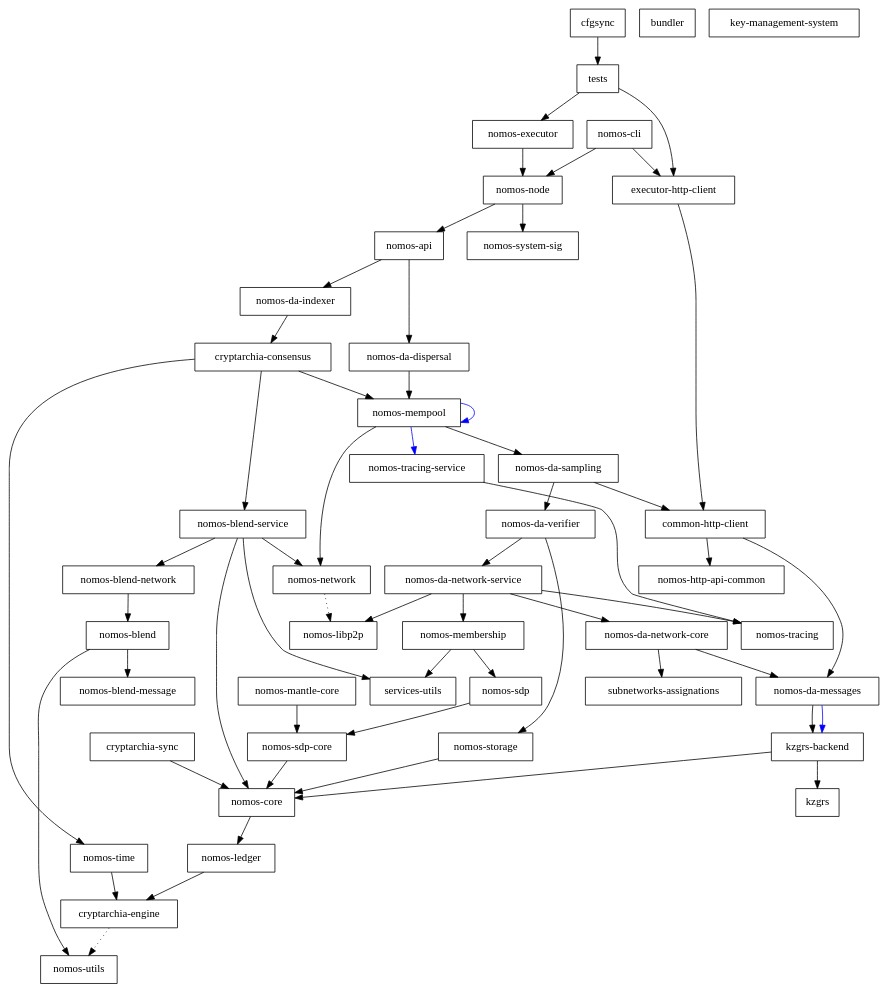
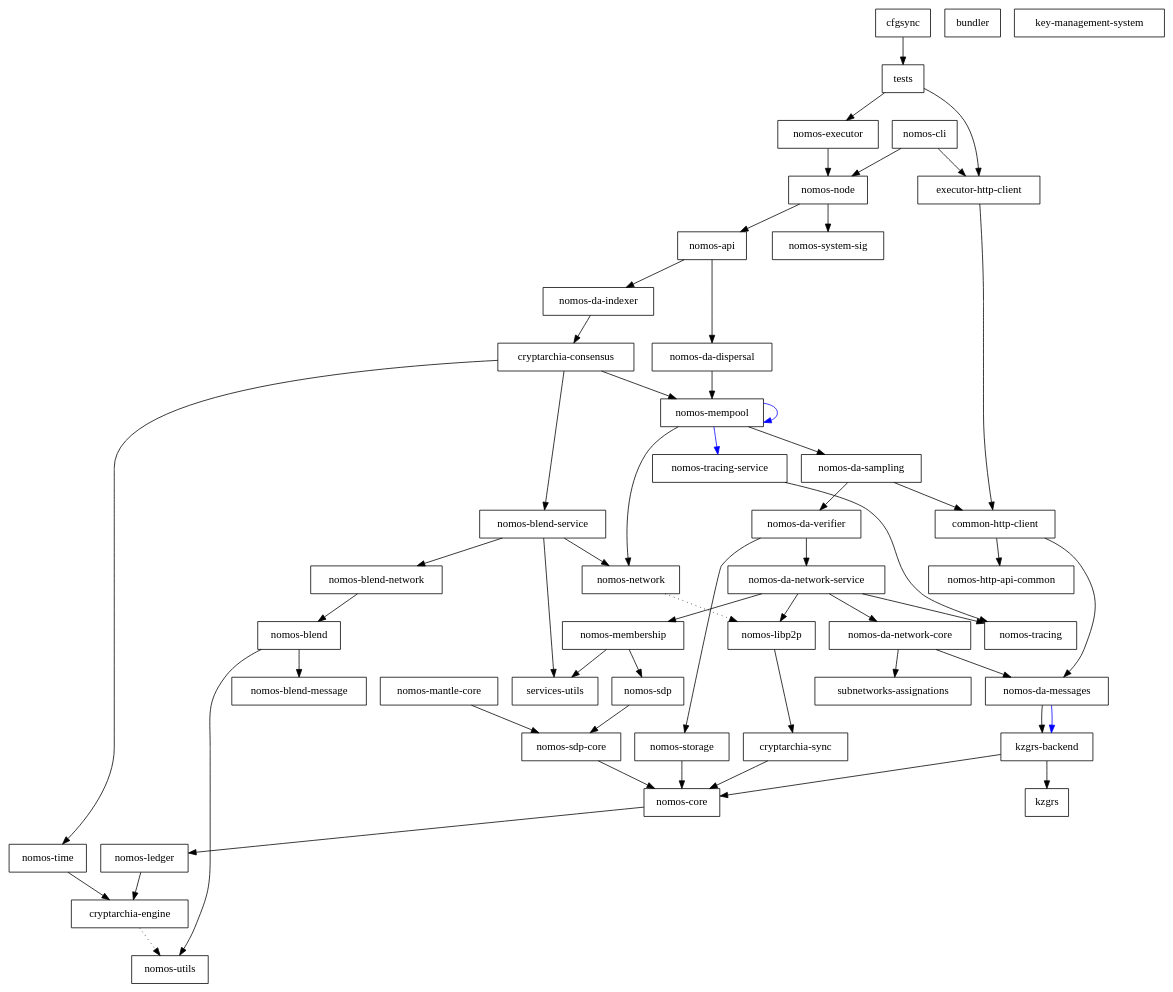
Before and after one commit to Astro521/logos-blockchain: the diagram in dependencies_graph.dot, drawn with Graphviz. The commit also changed 7 other files, not shown here.

```diff
--- a/dependencies_graph.dot
+++ b/dependencies_graph.dot
@@ -1,102 +1,102 @@
 digraph {
     0 [ label = "cryptarchia-engine" shape = box]
     1 [ label = "nomos-utils" shape = box]
     2 [ label = "cryptarchia-sync" shape = box]
     3 [ label = "nomos-core" shape = box]
     4 [ label = "nomos-ledger" shape = box]
     5 [ label = "nomos-http-api-common" shape = box]
     6 [ label = "nomos-executor" shape = box]
     7 [ label = "kzgrs-backend" shape = box]
     8 [ label = "kzgrs" shape = box]
     9 [ label = "nomos-api" shape = box]
     10 [ label = "cryptarchia-consensus" shape = box]
     11 [ label = "nomos-blend-service" shape = box]
     12 [ label = "nomos-blend" shape = box]
     13 [ label = "nomos-blend-message" shape = box]
     14 [ label = "nomos-blend-network" shape = box]
     15 [ label = "nomos-libp2p" shape = box]
     16 [ label = "nomos-network" shape = box]
     17 [ label = "services-utils" shape = box]
     18 [ label = "nomos-da-sampling" shape = box]
     19 [ label = "common-http-client" shape = box]
     20 [ label = "nomos-da-messages" shape = box]
     21 [ label = "nomos-da-network-core" shape = box]
     22 [ label = "subnetworks-assignations" shape = box]
     23 [ label = "nomos-da-network-service" shape = box]
     24 [ label = "nomos-membership" shape = box]
     25 [ label = "nomos-sdp" shape = box]
     26 [ label = "nomos-sdp-core" shape = box]
     27 [ label = "nomos-tracing" shape = box]
     28 [ label = "nomos-da-verifier" shape = box]
     29 [ label = "nomos-storage" shape = box]
     30 [ label = "nomos-mempool" shape = box]
     31 [ label = "nomos-tracing-service" shape = box]
     32 [ label = "nomos-time" shape = box]
     33 [ label = "nomos-da-dispersal" shape = box]
     34 [ label = "nomos-da-indexer" shape = box]
     35 [ label = "nomos-node" shape = box]
     36 [ label = "nomos-system-sig" shape = box]
     37 [ label = "executor-http-client" shape = box]
     38 [ label = "bundler" shape = box]
     39 [ label = "nomos-cli" shape = box]
     40 [ label = "nomos-mantle-core" shape = box]
     41 [ label = "key-management-system" shape = box]
     42 [ label = "cfgsync" shape = box]
     43 [ label = "tests" shape = box]
     0 -> 1 [ style = dotted]
     2 -> 3 [ ]
     3 -> 4 [ ]
     4 -> 0 [ ]
     6 -> 35 [ ]
     7 -> 8 [ ]
     7 -> 3 [ ]
     9 -> 33 [ ]
     9 -> 34 [ ]
     10 -> 11 [ ]
     10 -> 30 [ ]
     10 -> 32 [ ]
     11 -> 14 [ ]
-    11 -> 3 [ ]
     11 -> 16 [ ]
     11 -> 17 [ ]
     12 -> 13 [ ]
     12 -> 1 [ ]
     14 -> 12 [ ]
+    15 -> 2 [ ]
     16 -> 15 [ style = dotted]
     18 -> 19 [ ]
     18 -> 28 [ ]
     19 -> 20 [ ]
     19 -> 5 [ ]
     20 -> 7 [ ]
     20 -> 7 [ color = blue]
     21 -> 20 [ ]
     21 -> 22 [ ]
     23 -> 21 [ ]
     23 -> 15 [ ]
     23 -> 24 [ ]
     23 -> 27 [ ]
     24 -> 25 [ ]
     24 -> 17 [ ]
     25 -> 26 [ ]
     26 -> 3 [ ]
     28 -> 23 [ ]
     28 -> 29 [ ]
     29 -> 3 [ ]
     30 -> 18 [ ]
     30 -> 30 [ color = blue]
     30 -> 16 [ ]
     30 -> 31 [ color = blue]
     31 -> 27 [ ]
     32 -> 0 [ ]
     33 -> 30 [ ]
     34 -> 10 [ ]
     35 -> 9 [ ]
     35 -> 36 [ ]
     37 -> 19 [ ]
     39 -> 37 [ ]
     39 -> 35 [ ]
     40 -> 26 [ ]
     42 -> 43 [ ]
     43 -> 37 [ ]
     43 -> 6 [ ]
 }
```
